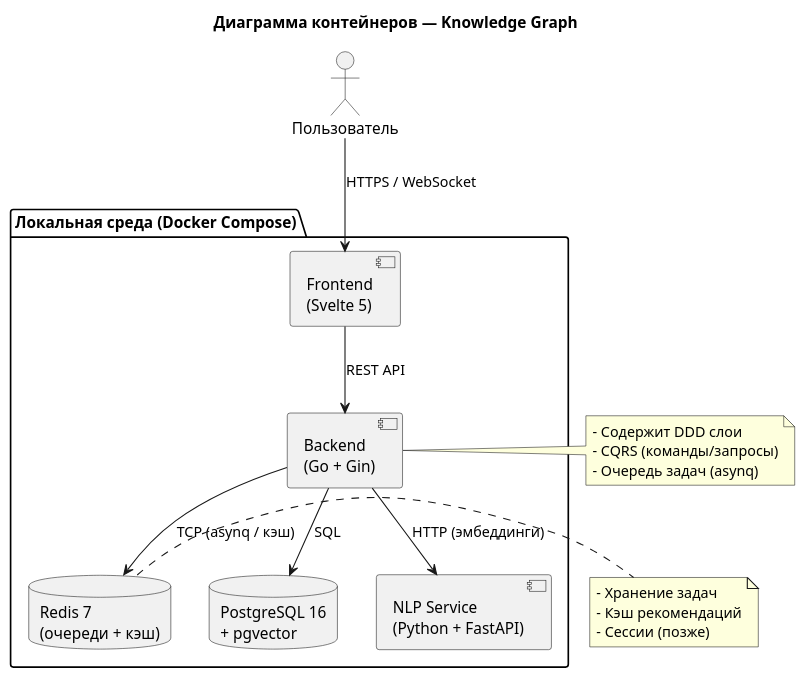
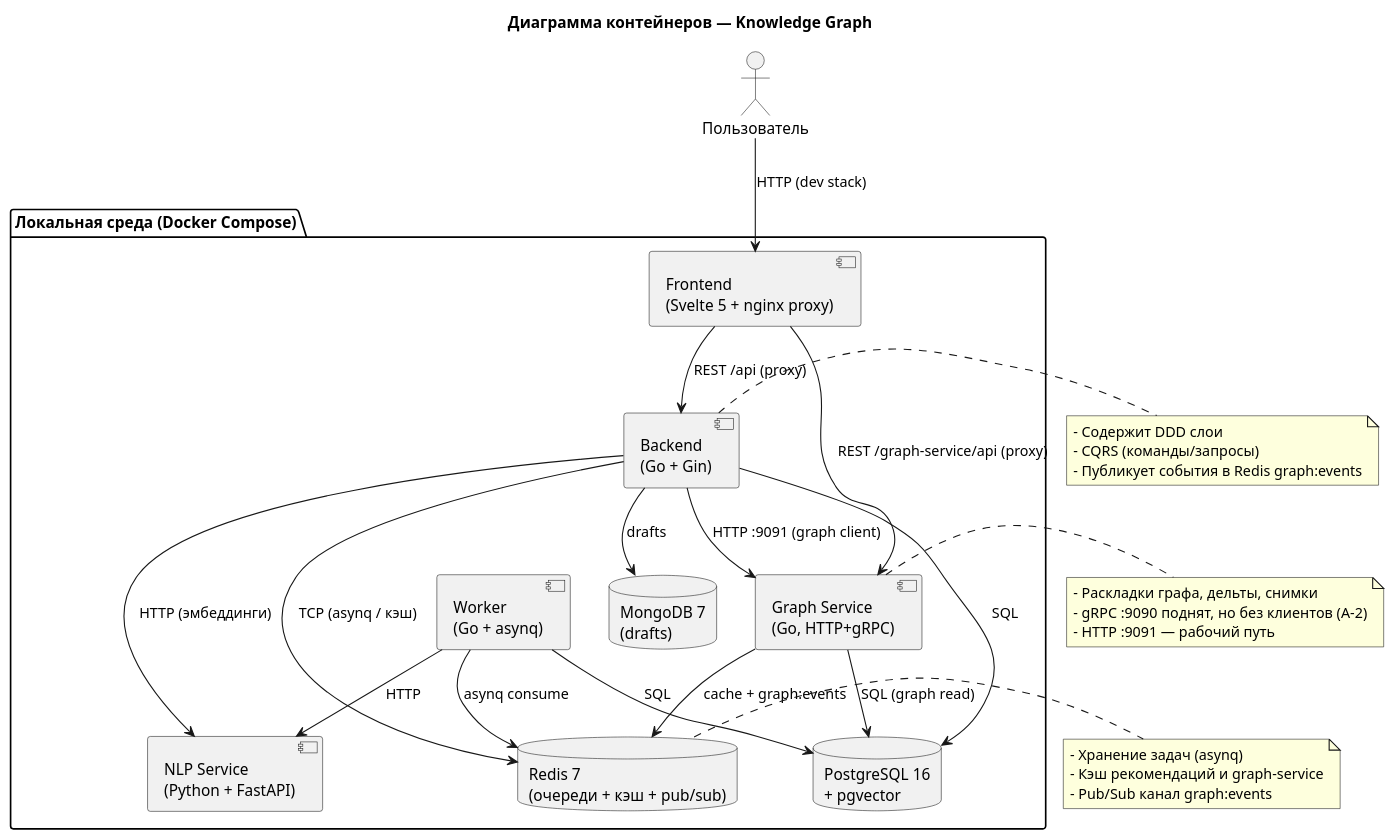
The diagram in docs/architecture/c4/container.puml (Killaret/knowledge-graph), drawn with PlantUML before and after one commit. The commit also changed 17 other files, not shown here.

```diff
--- a/docs/architecture/c4/container.puml
+++ b/docs/architecture/c4/container.puml
@@ -1,32 +1,49 @@
 @startuml
 title Диаграмма контейнеров — Knowledge Graph
 
 actor "Пользователь" as User
 
 package "Локальная среда (Docker Compose)" {
-    
-    component "Frontend\n(Svelte 5)" as Frontend
+
+    component "Frontend\n(Svelte 5 + nginx proxy)" as Frontend
     component "Backend\n(Go + Gin)" as Backend
+    component "Worker\n(Go + asynq)" as Worker
+    component "Graph Service\n(Go, HTTP+gRPC)" as GraphSvc
     database "PostgreSQL 16\n+ pgvector" as DB
-    database "Redis 7\n(очереди + кэш)" as Redis
+    database "Redis 7\n(очереди + кэш + pub/sub)" as Redis
+    database "MongoDB 7\n(drafts)" as Mongo
     component "NLP Service\n(Python + FastAPI)" as NLP
 }
 
-User --> Frontend : "HTTPS / WebSocket"
-Frontend --> Backend : "REST API"
+User --> Frontend : "HTTP (dev stack)"
+Frontend --> Backend : "REST /api (proxy)"
+Frontend --> GraphSvc : "REST /graph-service/api (proxy)"
 Backend --> DB : "SQL"
 Backend --> Redis : "TCP (asynq / кэш)"
+Backend --> Mongo : "drafts"
 Backend --> NLP : "HTTP (эмбеддинги)"
+Backend --> GraphSvc : "HTTP :9091 (graph client)"
+GraphSvc --> DB : "SQL (graph read)"
+GraphSvc --> Redis : "cache + graph:events"
+Worker --> Redis : "asynq consume"
+Worker --> DB : "SQL"
+Worker --> NLP : "HTTP"
 
 note right of Backend
     - Содержит DDD слои
     - CQRS (команды/запросы)
-    - Очередь задач (asynq)
+    - Публикует события в Redis graph:events
+end note
+
+note right of GraphSvc
+    - Раскладки графа, дельты, снимки
+    - gRPC :9090 поднят, но без клиентов (A-2)
+    - HTTP :9091 — рабочий путь
 end note
 
 note right of Redis
-    - Хранение задач
-    - Кэш рекомендаций
-    - Сессии (позже)
+    - Хранение задач (asynq)
+    - Кэш рекомендаций и graph-service
+    - Pub/Sub канал graph:events
 end note
 @enduml
```
